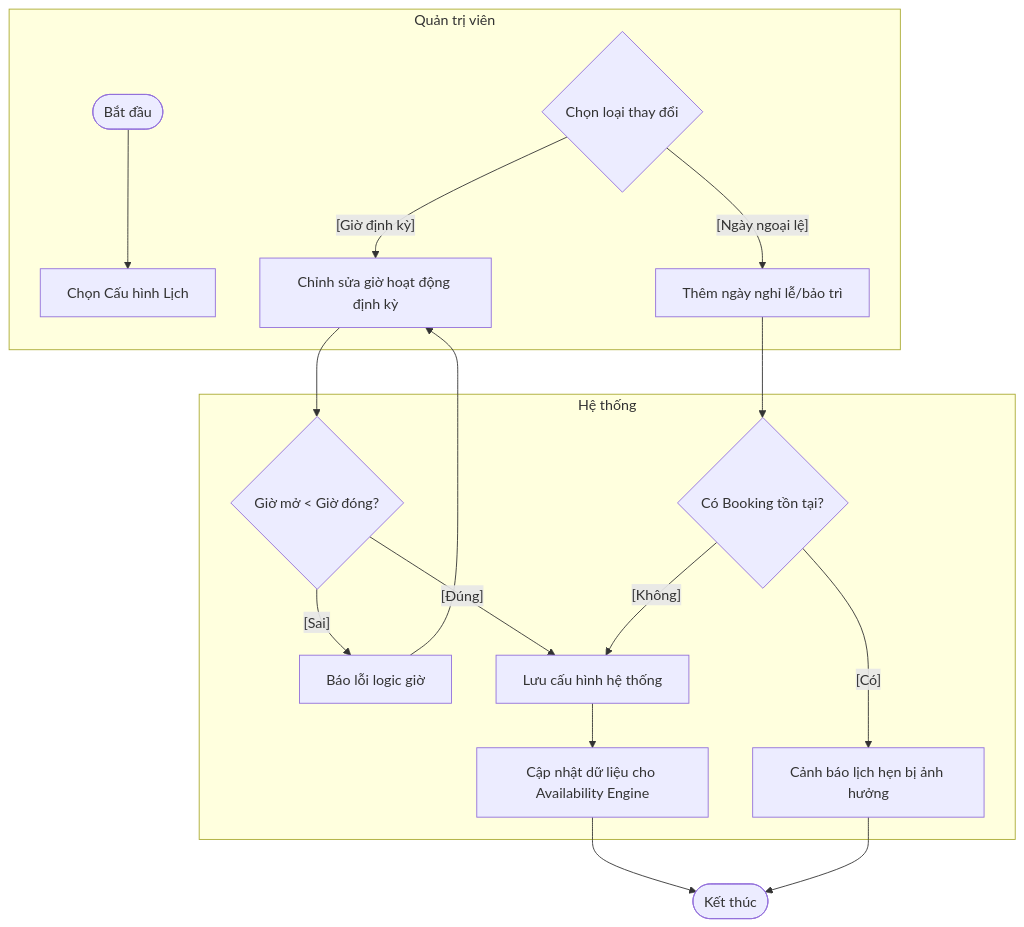
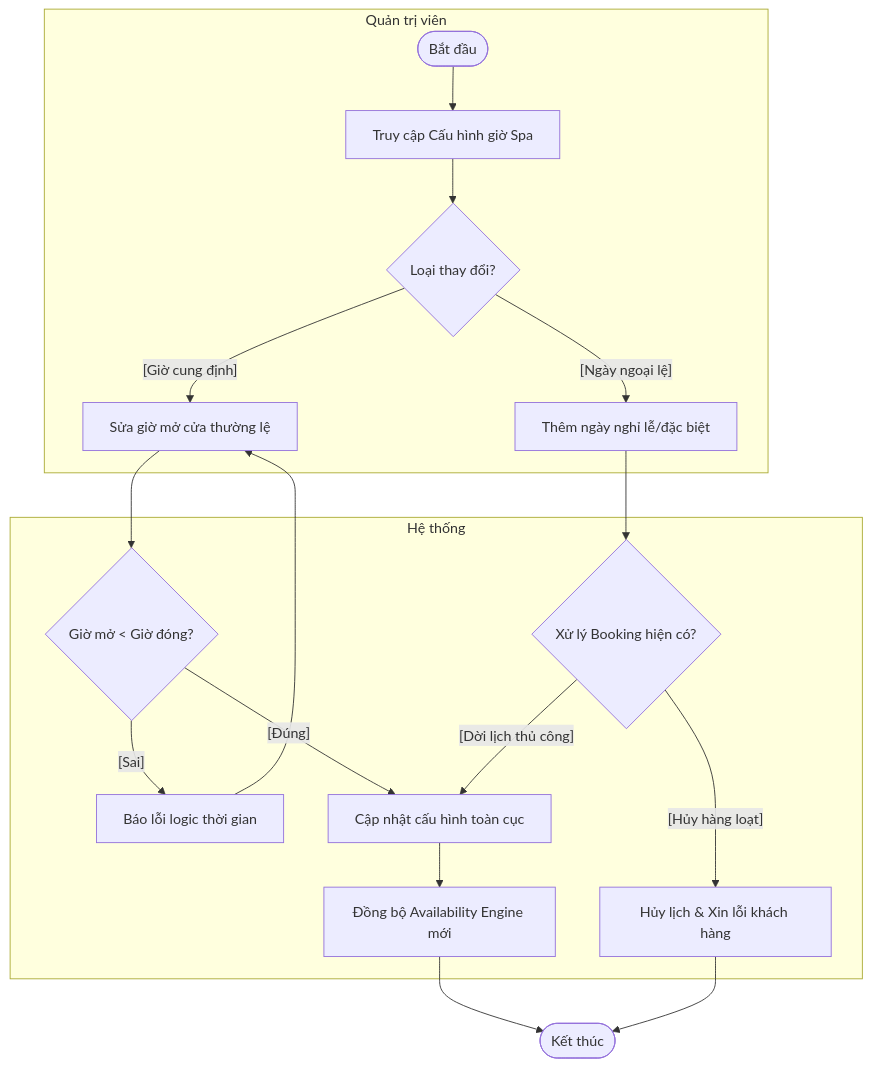
Before and after one commit to ngoctinn/Synapse: the ninth of 10 diagrams in docs/design/activity_diagrams.md, drawn with Mermaid. The commit also changed other lines of this file and 6 other files, not shown here.

Commit message:
docs: Add initial design documentation covering use cases, data specifications, and various system diagrams.

````diff
--- a/docs/design/activity_diagrams.md
+++ b/docs/design/activity_diagrams.md
@@ -234,28 +259,28 @@
 ```mermaid
 flowchart TD
     subgraph QuanTri ["Quản trị viên"]
-        Start([Bắt đầu]) --> SelectConfig[Chọn Cấu hình Lịch]
-        Choice{Chọn loại thay đổi}
-        EditHours[Chỉnh sửa giờ hoạt động định kỳ]
-        AddHoliday[Thêm ngày nghỉ lễ/bảo trì]
+        Start([Bắt đầu]) --> Menu[Truy cập Cấu hình giờ Spa]
+        Menu --> ChoiceReq{Loại thay đổi?}
+        Daily[Sửa giờ mở cửa thường lệ]
+        Holiday[Thêm ngày nghỉ lễ/đặc biệt]
     end
 
     subgraph HeThong ["Hệ thống"]
-        Choice -- "[Giờ định kỳ]" --> EditHours
-        Choice -- "[Ngày ngoại lệ]" --> AddHoliday
+        ChoiceReq -- "[Giờ cung định]" --> Daily
+        ChoiceReq -- "[Ngày ngoại lệ]" --> Holiday
 
-        EditHours --> ValidTime{Giờ mở < Giờ đóng?}
-        ValidTime -- "[Sai]" --> ShowTimeError[Báo lỗi logic giờ]
-        ValidTime -- "[Đúng]" --> SaveConfig[Lưu cấu hình hệ thống]
+        Daily --> ValidValue{Giờ mở < Giờ đóng?}
+        ValidValue -- "[Sai]" --> ShowTimeError[Báo lỗi logic thời gian]
+        ValidValue -- "[Đúng]" --> CommitGlobal[Cập nhật cấu hình toàn cục]
 
-        AddHoliday --> ConflictCheck{Có Booking tồn tại?}
-        ConflictCheck -- "[Có]" --> AlertConflict[Cảnh báo lịch hẹn bị ảnh hưởng]
-        ConflictCheck -- "[Không]" --> SaveConfig
+        Holiday --> ImpackCheck{Xử lý Booking hiện có?}
+        ImpackCheck -- "[Hủy hàng loạt]" --> MassCancel[Hủy lịch & Xin lỗi khách hàng]
+        ImpackCheck -- "[Dời lịch thủ công]" --> CommitGlobal
 
-        SaveConfig --> SyncSolver[Cập nhật dữ liệu cho Availability Engine]
+        CommitGlobal --> Refresh[Đồng bộ Availability Engine mới]
     end
 
-    SyncSolver --> End([Kết thúc])
-    ShowTimeError --> EditHours
-    AlertConflict --> End
+    Refresh --> End([Kết thúc])
+    ShowTimeError --> Daily
+    MassCancel --> End
 ```
````
